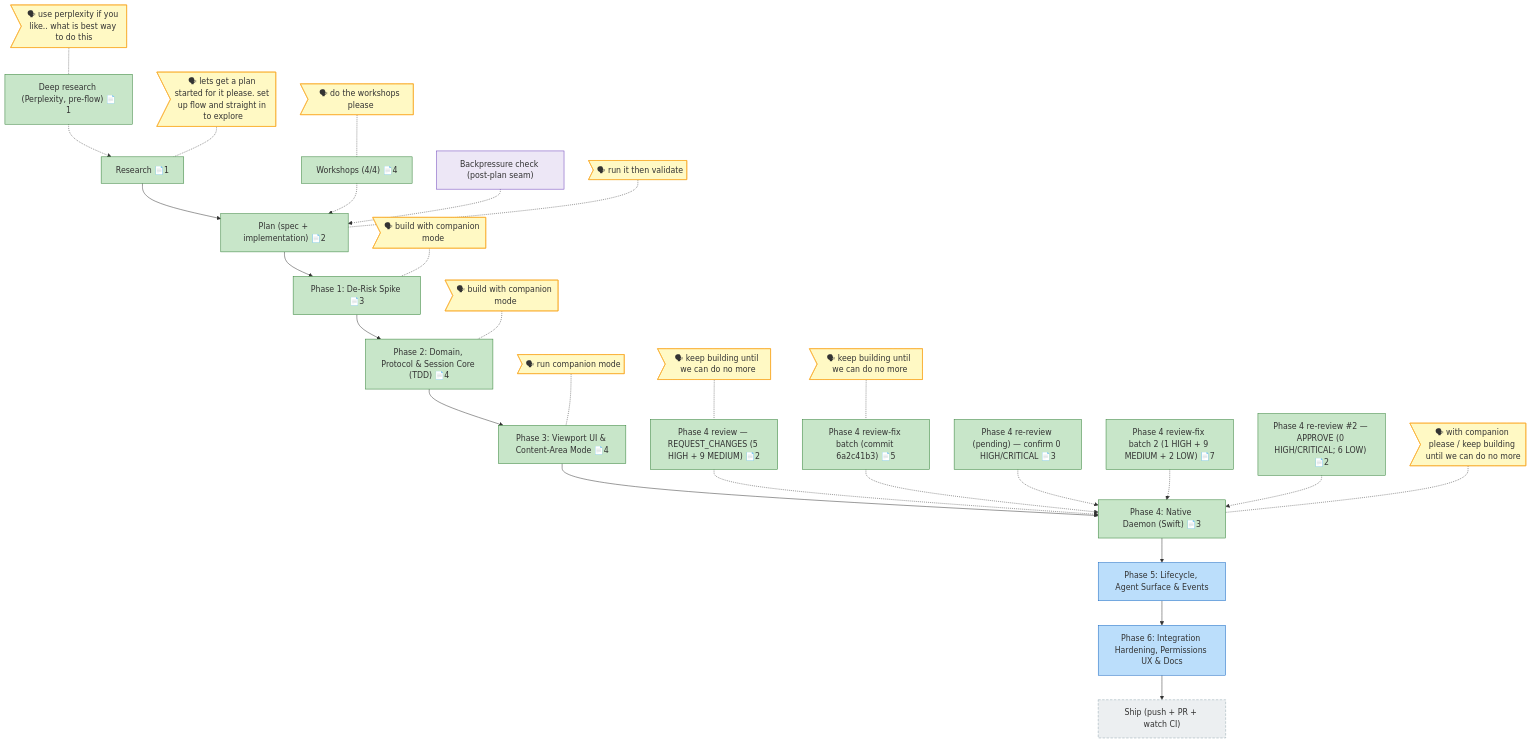
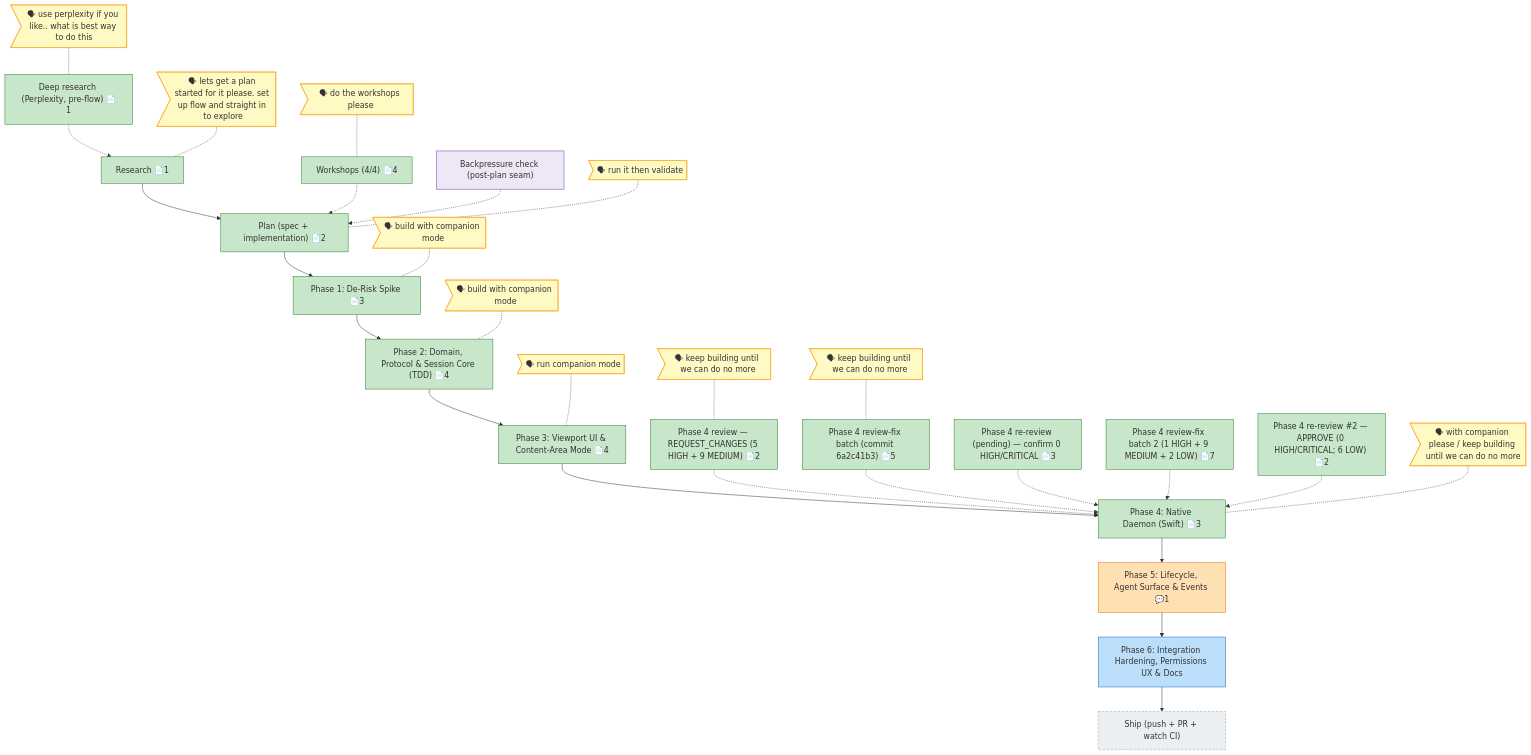
Before and after one commit to AI-Substrate/chainglass: the diagram in docs/plans/088-remote-app-view/the-flow.md, drawn with Mermaid. The commit also changed other lines of this file and 2 other files, not shown here.

Commit message:
docs(remote-view): Phase 5 tasks dossier (validated) + flight-plan ph5 in_progress (Plan 088)

````diff
--- a/docs/plans/088-remote-app-view/the-flow.md
+++ b/docs/plans/088-remote-app-view/the-flow.md
@@ -8,72 +8,72 @@
 ```mermaid
 flowchart TD
     ship["Ship (push + PR + watch CI)"]:::assumed
     ph6["Phase 6: Integration Hardening, Permissions UX & Docs"]:::known
-    ph5["Phase 5: Lifecycle, Agent Surface & Events"]:::known
+    ph5["Phase 5: Lifecycle, Agent Surface & Events 💬1"]:::wip
     ph4["Phase 4: Native Daemon (Swift) 📄3"]:::done
     ph3["Phase 3: Viewport UI & Content-Area Mode 📄4"]:::done
     ph2["Phase 2: Domain, Protocol & Session Core (TDD) 📄4"]:::done
     ph1["Phase 1: De-Risk Spike 📄3"]:::done
     plan["Plan (spec + implementation) 📄2"]:::done
     research["Research 📄1"]:::done
 
     ph6 --> ship
     ph5 --> ph6
     ph4 --> ph5
     ph3 --> ph4
     ph2 --> ph3
     ph1 --> ph2
     plan --> ph1
     research --> plan
 
     dr["Deep research (Perplexity, pre-flow) 📄1"]:::done
     ws["Workshops (4/4) 📄4"]:::done
     bp["Backpressure check (post-plan seam)"]:::harness
     rv4["Phase 4 review — REQUEST_CHANGES (5 HIGH + 9 MEDIUM) 📄2"]:::done
     fx4["Phase 4 review-fix batch (commit 6a2c41b3) 📄5"]:::done
     rv4b["Phase 4 re-review (pending) — confirm 0 HIGH/CRITICAL 📄3"]:::done
     fx4b["Phase 4 review-fix batch 2 (1 HIGH + 9 MEDIUM + 2 LOW) 📄7"]:::done
     rv4c["Phase 4 re-review #35;2 — APPROVE (0 HIGH/CRITICAL; 6 LOW) 📄2"]:::done
     dr -.-> research
     ws -.-> plan
     bp -.-> plan
     rv4 -.-> ph4
     fx4 -.-> ph4
     rv4b -.-> ph4
     fx4b -.-> ph4
     rv4c -.-> ph4
 
     say_ph4>"🗣 with companion please / keep building until we can do no more"]:::said
     say_ph4 -.- ph4
     say_ph3>"🗣 run companion mode"]:::said
     say_ph3 -.- ph3
     say_ph2>"🗣 build with companion mode"]:::said
     say_ph2 -.- ph2
     say_ph1>"🗣 build with companion mode"]:::said
     say_ph1 -.- ph1
     say_plan>"🗣 run it then validate"]:::said
     say_plan -.- plan
     say_research>"🗣 lets get a plan started for it please. set up flow and straight in to explore"]:::said
     say_research -.- research
     say_dr>"🗣 use perplexity if you like.. what is best way to do this"]:::said
     say_dr -.- dr
     say_ws>"🗣 do the workshops please"]:::said
     say_ws -.- ws
     say_rv4>"🗣 keep building until we can do no more"]:::said
     say_rv4 -.- rv4
     say_fx4>"🗣 keep building until we can do no more"]:::said
     say_fx4 -.- fx4
 
     classDef done fill:#C8E6C9,stroke:#2E7D32;
     classDef wip fill:#FFE0B2,stroke:#EF6C00;
     classDef blocked fill:#FFCDD2,stroke:#C62828;
     classDef known fill:#BBDEFB,stroke:#1565C0;
     classDef assumed fill:#ECEFF1,stroke:#90A4AE,stroke-dasharray:5 3;
     classDef said fill:#FFF9C4,stroke:#F9A825;
     classDef harness fill:#EDE7F6,stroke:#673AB7;
     classDef decision fill:#FFF3E0,stroke:#FB8C00,stroke-dasharray:2 2;
     classDef companion fill:#D1C4E9,stroke:#5E35B1;
     classDef worker fill:#B2DFDB,stroke:#00897B;
     classDef chore fill:#E0F2F1,stroke:#00897B,stroke-dasharray:3 2;
     classDef unknown fill:#FAFAFA,stroke:#BDBDBD,stroke-dasharray:1 4;
 ```
````
